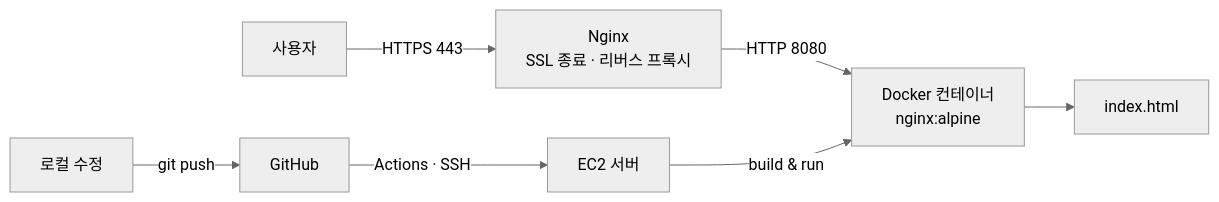
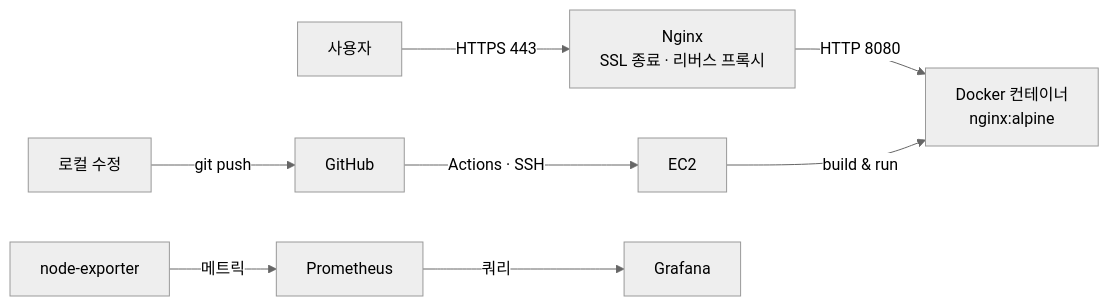
The diagram in README.md (Stellume/myweb), drawn with Mermaid (neutral theme) before and after one commit. The commit also changed other lines of this file, not shown here.

````diff
--- a/README.md
+++ b/README.md
@@ -12,10 +13,12 @@
 ```mermaid
 flowchart LR
     U[사용자] -->|HTTPS 443| N[Nginx<br/>SSL 종료 · 리버스 프록시]
     N -->|HTTP 8080| C[Docker 컨테이너<br/>nginx:alpine]
-    C --> H[index.html]
 
     D[로컬 수정] -->|git push| G[GitHub]
-    G -->|Actions · SSH| S[EC2 서버]
+    G -->|Actions · SSH| S[EC2]
     S -->|build & run| C
+
+    NE[node-exporter] -->|메트릭| P[Prometheus]
+    P -->|쿼리| GF[Grafana]
 ```
````
